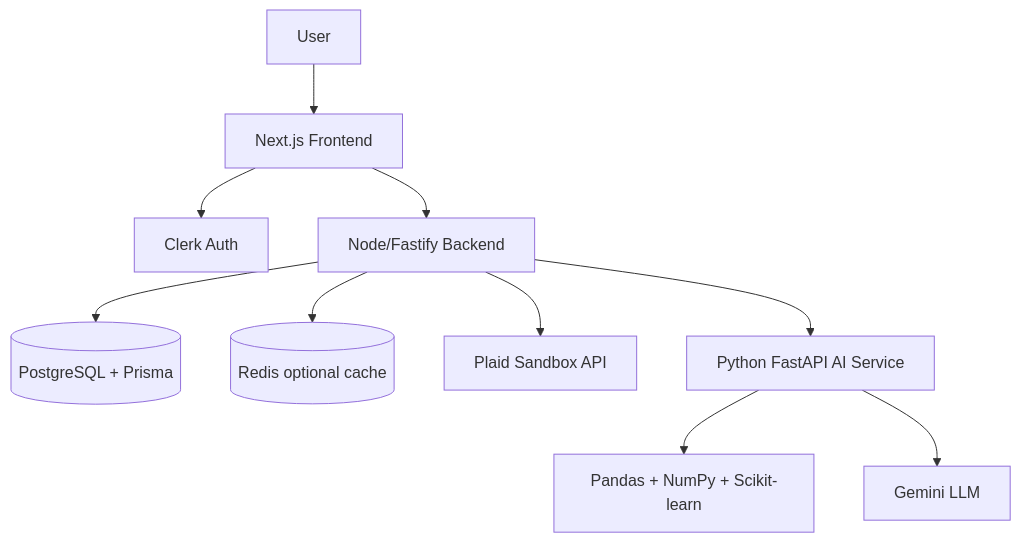
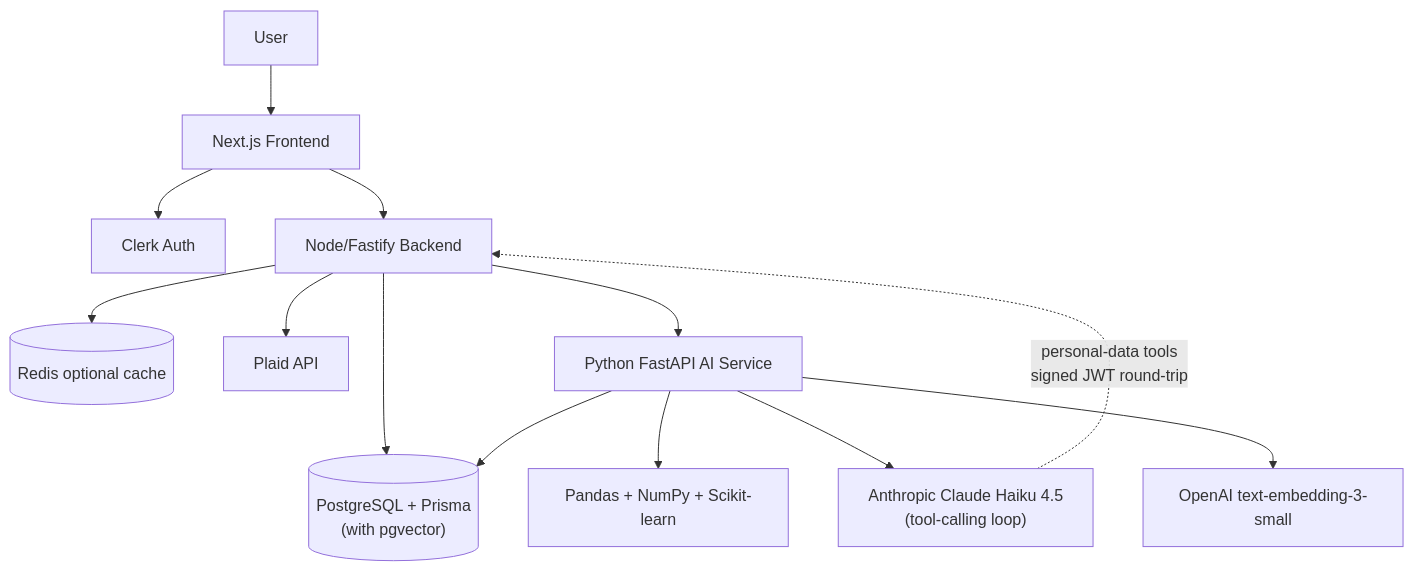
The diagram in README.md (robokopftww/FinSight), drawn with Mermaid before and after one commit. The commit also changed other lines of this file and 1 other file, not shown here.

````diff
--- a/README.md
+++ b/README.md
@@ -66,12 +67,15 @@
 ```mermaid
 flowchart TD
     U["User"] --> F["Next.js Frontend"]
     F --> C["Clerk Auth"]
     F --> B["Node/Fastify Backend"]
-    B --> DB[("PostgreSQL + Prisma")]
+    B --> DB[("PostgreSQL + Prisma\n(with pgvector)")]
     B --> R[("Redis optional cache")]
-    B --> P["Plaid Sandbox API"]
+    B --> P["Plaid API"]
     B --> A["Python FastAPI AI Service"]
     A --> ML["Pandas + NumPy + Scikit-learn"]
-    A --> G["Gemini LLM"]
+    A --> AN["Anthropic Claude Haiku 4.5\n(tool-calling loop)"]
+    A --> OAI["OpenAI text-embedding-3-small"]
+    A --> DB
+    AN -. "personal-data tools\nsigned JWT round-trip" .-> B
 ```
````
